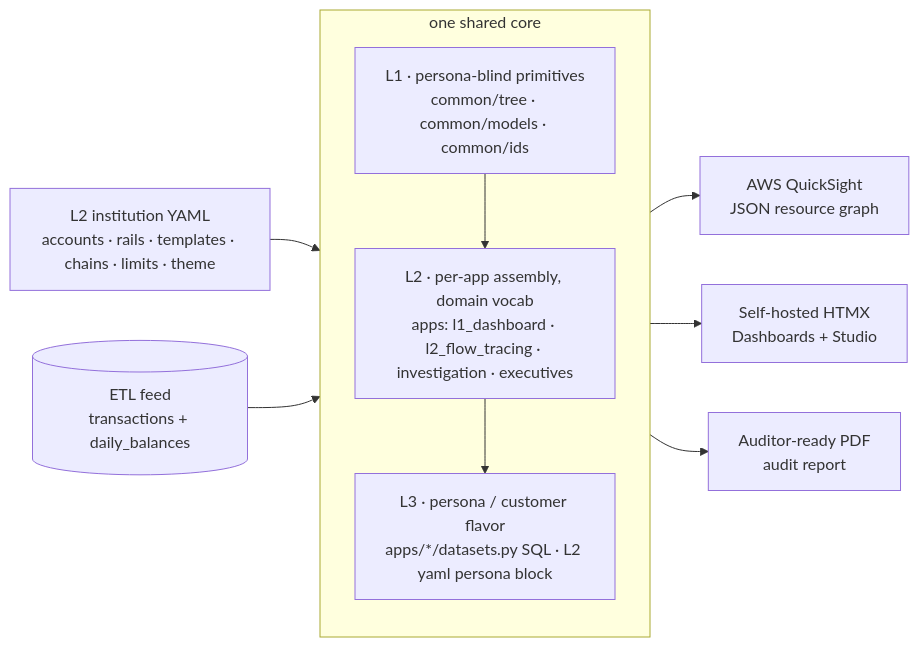
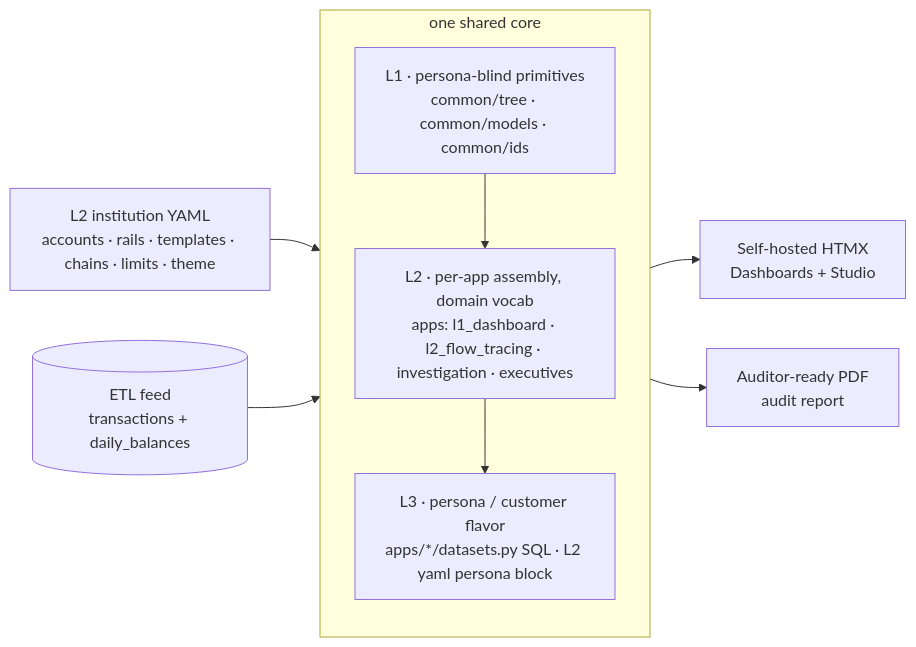
One commit to chotchki/recon-gen changed the diagram in README.md. Above: the diagram before and after it, drawn with Mermaid. The commit also changed other lines of this file and 39 other files, not shown here.

````diff
--- a/README.md
+++ b/README.md
@@ -38,19 +38,18 @@
 ```mermaid
 flowchart LR
     YAML["L2 institution YAML<br/>accounts · rails · templates · chains · limits · theme"]
     FEED[("ETL feed<br/>transactions + daily_balances")]
 
     subgraph core["one shared core"]
       direction TB
       L1["L1 · persona-blind primitives<br/>common/tree · common/models · common/ids"]
       L2["L2 · per-app assembly, domain vocab<br/>apps: l1_dashboard · l2_flow_tracing · investigation · executives"]
       L3["L3 · persona / customer flavor<br/>apps/*/datasets.py SQL · L2 yaml persona block"]
       L1 --> L2 --> L3
     end
 
     YAML --> core
     FEED --> core
-    core --> QS["AWS QuickSight<br/>JSON resource graph"]
     core --> HTMX["Self-hosted HTMX<br/>Dashboards + Studio"]
     core --> PDF["Auditor-ready PDF<br/>audit report"]
 ```
````
